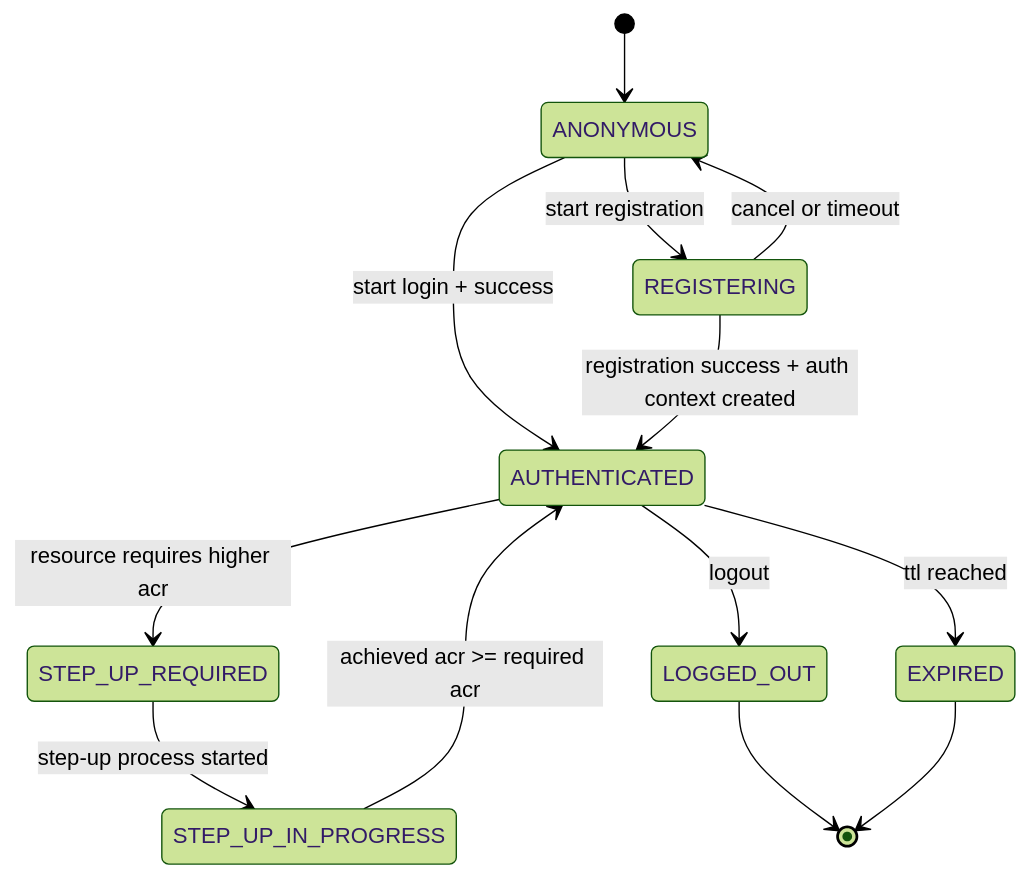
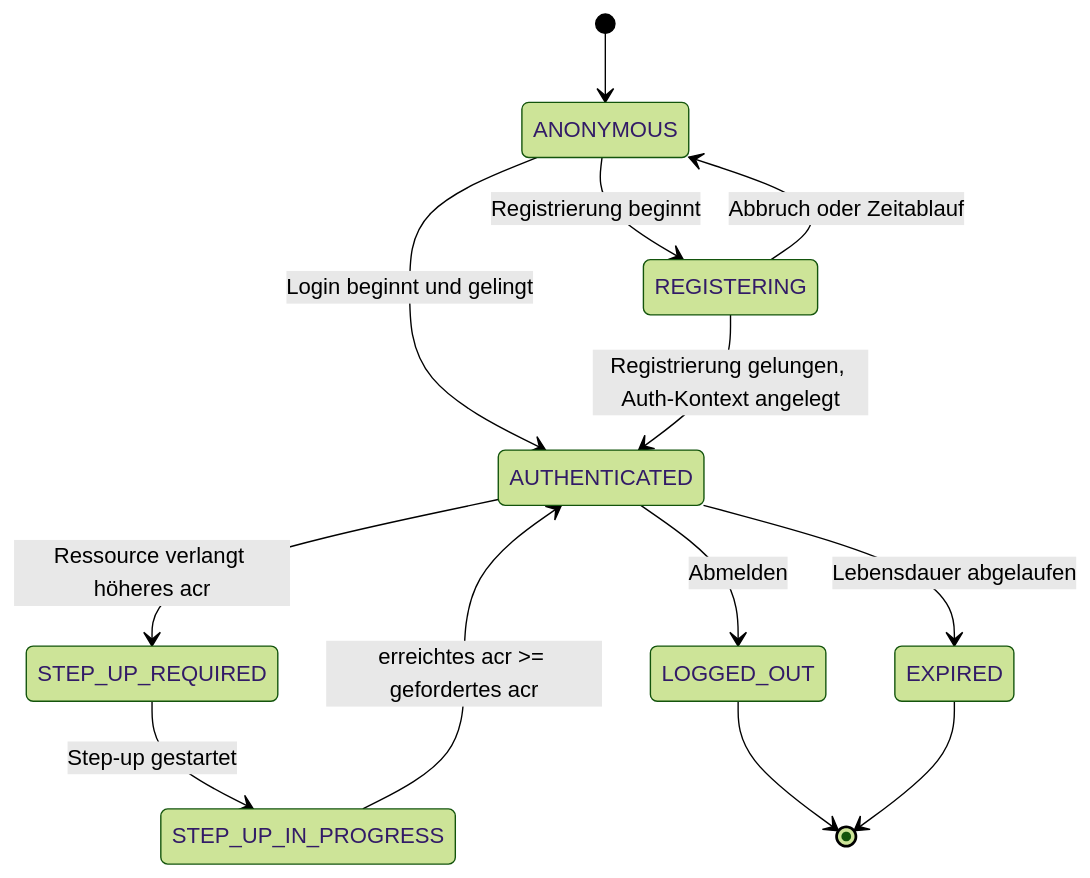
One commit to rpreissel/DPoP-demo changed the second of 5 diagrams in docs/02-domaenenmodell.md. Above: the diagram before and after it, drawn with Mermaid (forest theme). The commit also changed other lines of this file and 67 other files, not shown here.

````diff
--- a/docs/02-domaenenmodell.md
+++ b/docs/02-domaenenmodell.md
@@ -82,15 +94,15 @@
 ```mermaid
 stateDiagram-v2
   [*] --> ANONYMOUS
-  ANONYMOUS --> REGISTERING: start registration
-  ANONYMOUS --> AUTHENTICATED: start login + success
-  REGISTERING --> AUTHENTICATED: registration success + auth context created
-  REGISTERING --> ANONYMOUS: cancel or timeout
-  AUTHENTICATED --> STEP_UP_REQUIRED: resource requires higher acr
-  STEP_UP_REQUIRED --> STEP_UP_IN_PROGRESS: step-up process started
-  STEP_UP_IN_PROGRESS --> AUTHENTICATED: achieved acr >= required acr
-  AUTHENTICATED --> LOGGED_OUT: logout
-  AUTHENTICATED --> EXPIRED: ttl reached
+  ANONYMOUS --> REGISTERING: Registrierung beginnt
+  ANONYMOUS --> AUTHENTICATED: Login beginnt und gelingt
+  REGISTERING --> AUTHENTICATED: Registrierung gelungen, Auth-Kontext angelegt
+  REGISTERING --> ANONYMOUS: Abbruch oder Zeitablauf
+  AUTHENTICATED --> STEP_UP_REQUIRED: Ressource verlangt höheres acr
+  STEP_UP_REQUIRED --> STEP_UP_IN_PROGRESS: Step-up gestartet
+  STEP_UP_IN_PROGRESS --> AUTHENTICATED: erreichtes acr >= gefordertes acr
+  AUTHENTICATED --> LOGGED_OUT: Abmelden
+  AUTHENTICATED --> EXPIRED: Lebensdauer abgelaufen
   LOGGED_OUT --> [*]
   EXPIRED --> [*]
 ```
````
